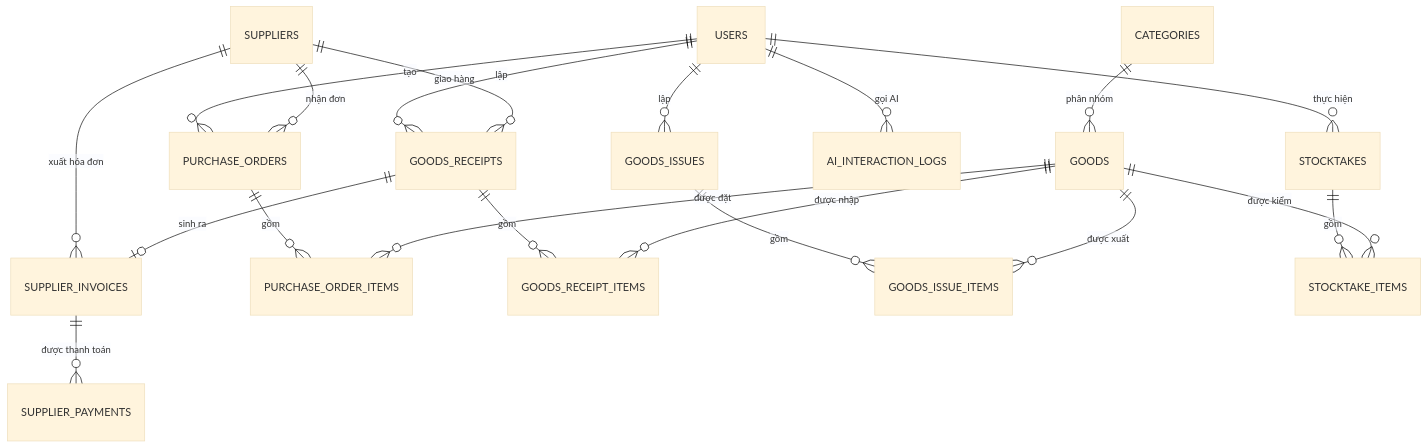
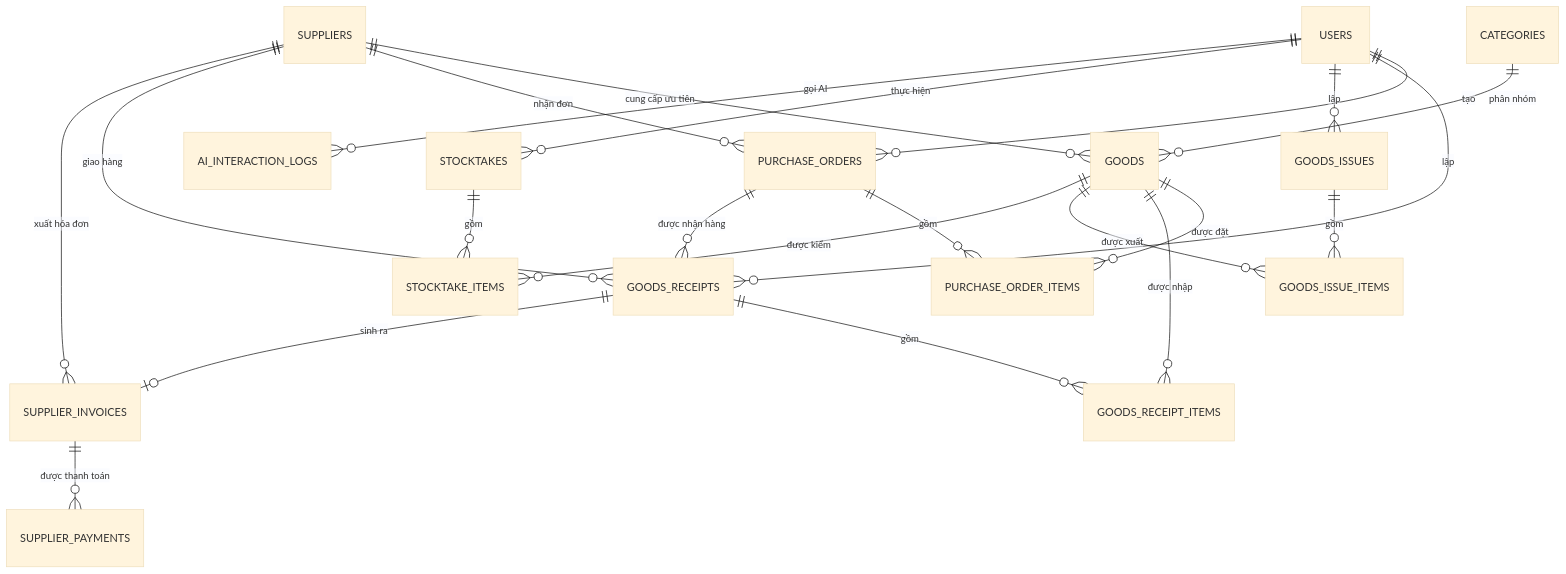
The diagram in chuongtrinhquanlykho/docs/Prompt.md (dtc245090028-ui/hethongquanlykho), drawn with Mermaid (base theme) before and after one commit. The commit also changed other lines of this file and 14 other files, not shown here.

````diff
--- a/chuongtrinhquanlykho/docs/Prompt.md
+++ b/chuongtrinhquanlykho/docs/Prompt.md
@@ -150,22 +164,24 @@
 ```mermaid
 erDiagram
     USERS ||--o{ PURCHASE_ORDERS : "tạo"
     USERS ||--o{ GOODS_RECEIPTS : "lập"
     USERS ||--o{ GOODS_ISSUES : "lập"
     USERS ||--o{ STOCKTAKES : "thực hiện"
     USERS ||--o{ AI_INTERACTION_LOGS : "gọi AI"
     CATEGORIES ||--o{ GOODS : "phân nhóm"
+    SUPPLIERS ||--o{ GOODS : "cung cấp ưu tiên"
     SUPPLIERS ||--o{ PURCHASE_ORDERS : "nhận đơn"
     SUPPLIERS ||--o{ GOODS_RECEIPTS : "giao hàng"
     SUPPLIERS ||--o{ SUPPLIER_INVOICES : "xuất hóa đơn"
     PURCHASE_ORDERS ||--o{ PURCHASE_ORDER_ITEMS : "gồm"
     GOODS ||--o{ PURCHASE_ORDER_ITEMS : "được đặt"
+    PURCHASE_ORDERS ||--o{ GOODS_RECEIPTS : "được nhận hàng"
     GOODS_RECEIPTS ||--o{ GOODS_RECEIPT_ITEMS : "gồm"
     GOODS ||--o{ GOODS_RECEIPT_ITEMS : "được nhập"
     GOODS_ISSUES ||--o{ GOODS_ISSUE_ITEMS : "gồm"
     GOODS ||--o{ GOODS_ISSUE_ITEMS : "được xuất"
     STOCKTAKES ||--o{ STOCKTAKE_ITEMS : "gồm"
     GOODS ||--o{ STOCKTAKE_ITEMS : "được kiểm"
     GOODS_RECEIPTS ||--o| SUPPLIER_INVOICES : "sinh ra"
     SUPPLIER_INVOICES ||--o{ SUPPLIER_PAYMENTS : "được thanh toán"
 ```
````
